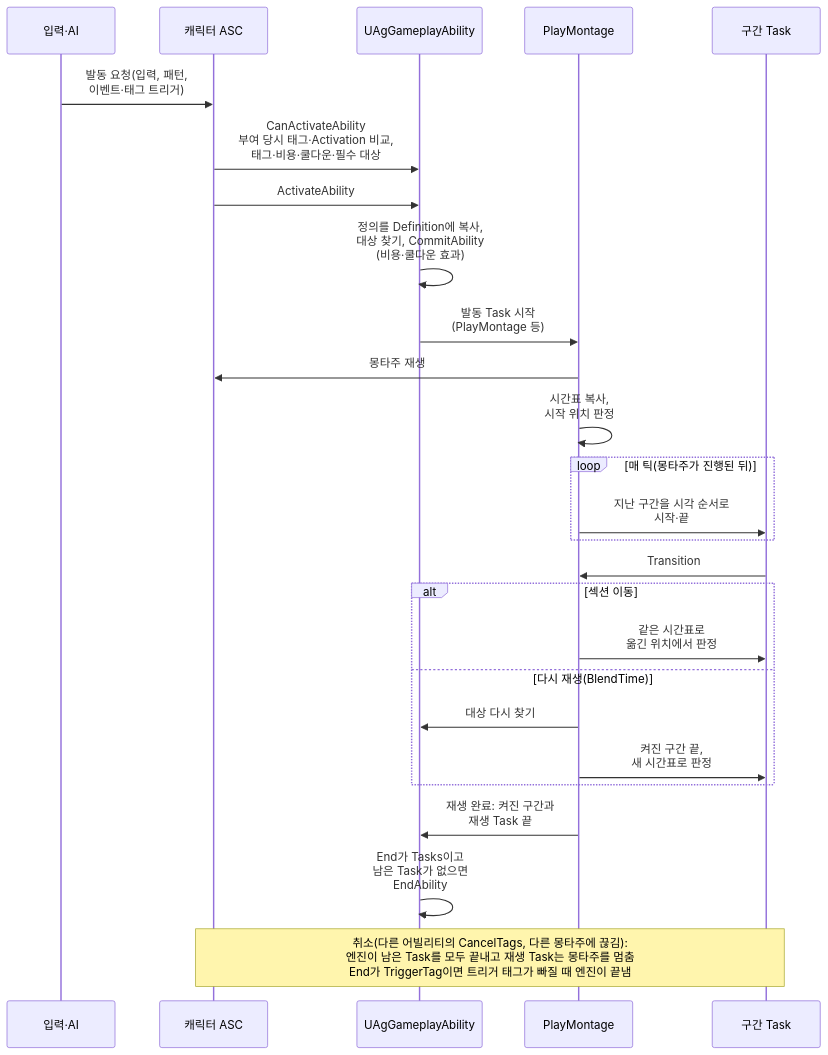
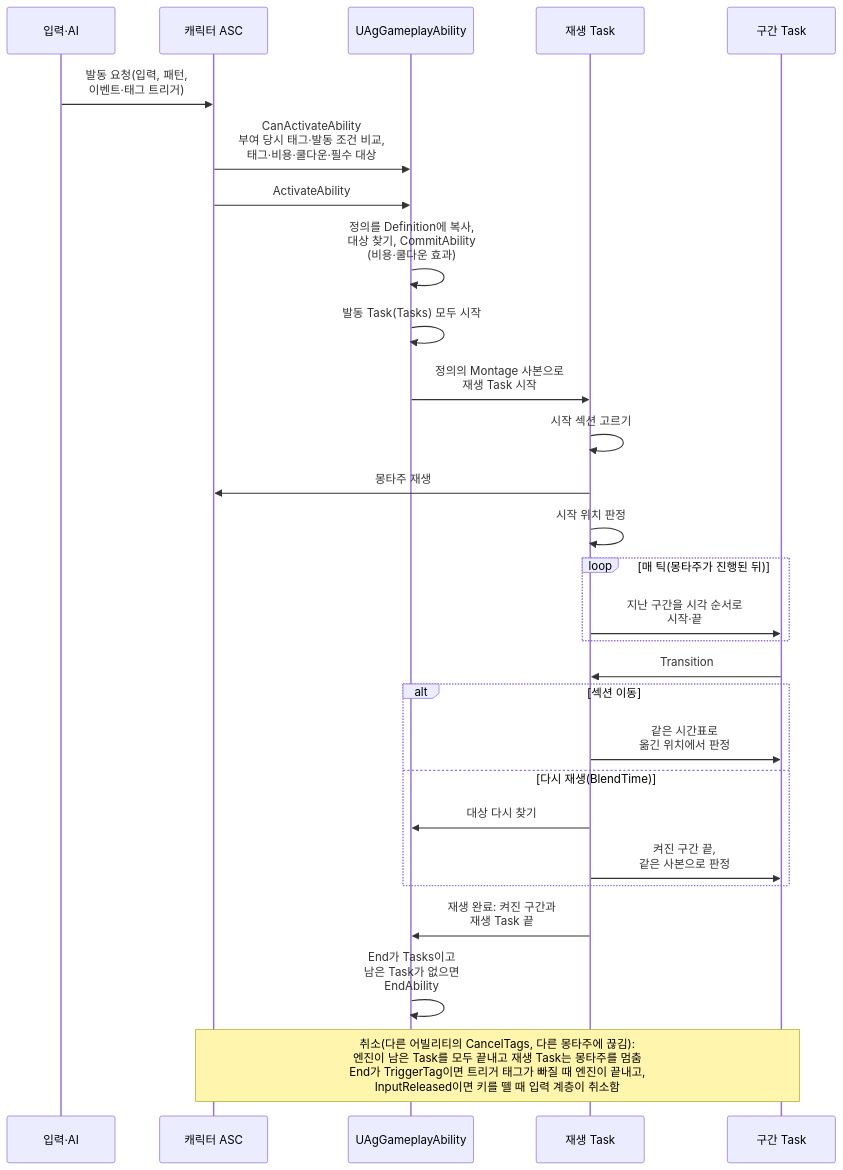
One commit to Woogl/Ag changed the fifth of 6 diagrams in Docs/Architecture/캐릭터 기반 구조와 GAS.md. Above: the diagram before and after it, drawn with Mermaid. The commit also changed other lines of this file and 11 other files, not shown here.

````diff
--- a/Docs/Architecture/캐릭터 기반 구조와 GAS.md
+++ b/Docs/Architecture/캐릭터 기반 구조와 GAS.md
@@ -203,28 +204,30 @@
 ```mermaid
 sequenceDiagram
     participant I as 입력·AI
     participant ASC as 캐릭터 ASC
     participant A as UAgGameplayAbility
-    participant M as PlayMontage
+    participant M as 재생 Task
     participant T as 구간 Task
     I->>ASC: 발동 요청(입력, 패턴,<br>이벤트·태그 트리거)
-    ASC->>A: CanActivateAbility<br>부여 당시 태그·Activation 비교,<br>태그·비용·쿨다운·필수 대상
+    ASC->>A: CanActivateAbility<br>부여 당시 태그·발동 조건 비교,<br>태그·비용·쿨다운·필수 대상
     ASC->>A: ActivateAbility
     A->>A: 정의를 Definition에 복사,<br>대상 찾기, CommitAbility<br>(비용·쿨다운 효과)
-    A->>M: 발동 Task 시작<br>(PlayMontage 등)
+    A->>A: 발동 Task(Tasks) 모두 시작
+    A->>M: 정의의 Montage 사본으로<br>재생 Task 시작
+    M->>M: 시작 섹션 고르기
     M->>ASC: 몽타주 재생
-    M->>M: 시간표 복사,<br>시작 위치 판정
+    M->>M: 시작 위치 판정
     loop 매 틱(몽타주가 진행된 뒤)
         M->>T: 지난 구간을 시각 순서로<br>시작·끝
     end
     T->>M: Transition
     alt 섹션 이동
         M->>T: 같은 시간표로<br>옮긴 위치에서 판정
     else 다시 재생(BlendTime)
         M->>A: 대상 다시 찾기
-        M->>T: 켜진 구간 끝,<br>새 시간표로 판정
+        M->>T: 켜진 구간 끝,<br>같은 사본으로 판정
     end
     M->>A: 재생 완료: 켜진 구간과<br>재생 Task 끝
     A->>A: End가 Tasks이고<br>남은 Task가 없으면<br>EndAbility
-    Note over ASC,T: 취소(다른 어빌리티의 CancelTags, 다른 몽타주에 끊김):<br>엔진이 남은 Task를 모두 끝내고 재생 Task는 몽타주를 멈춤<br>End가 TriggerTag이면 트리거 태그가 빠질 때 엔진이 끝냄
+    Note over ASC,T: 취소(다른 어빌리티의 CancelTags, 다른 몽타주에 끊김):<br>엔진이 남은 Task를 모두 끝내고 재생 Task는 몽타주를 멈춤<br>End가 TriggerTag이면 트리거 태그가 빠질 때 엔진이 끝내고,<br>InputReleased이면 키를 뗄 때 입력 계층이 취소함
 ```
````
